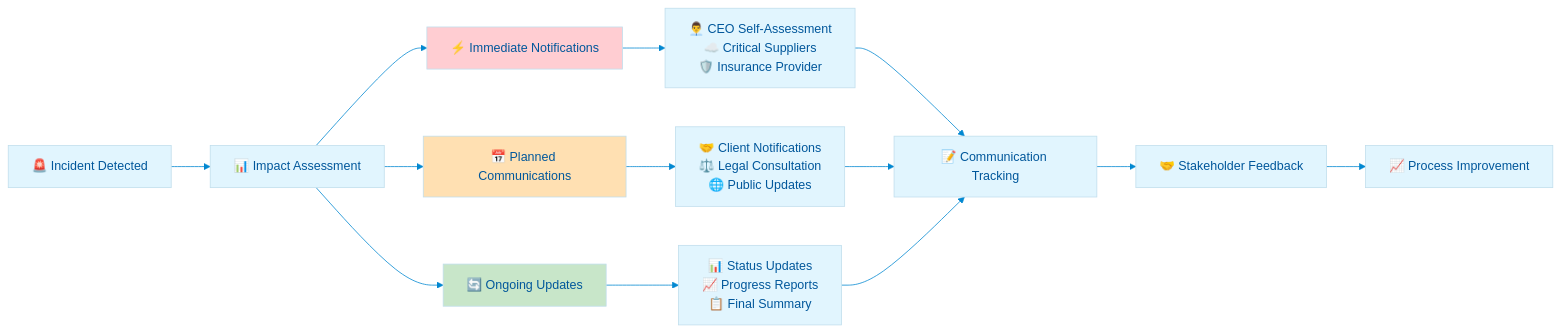
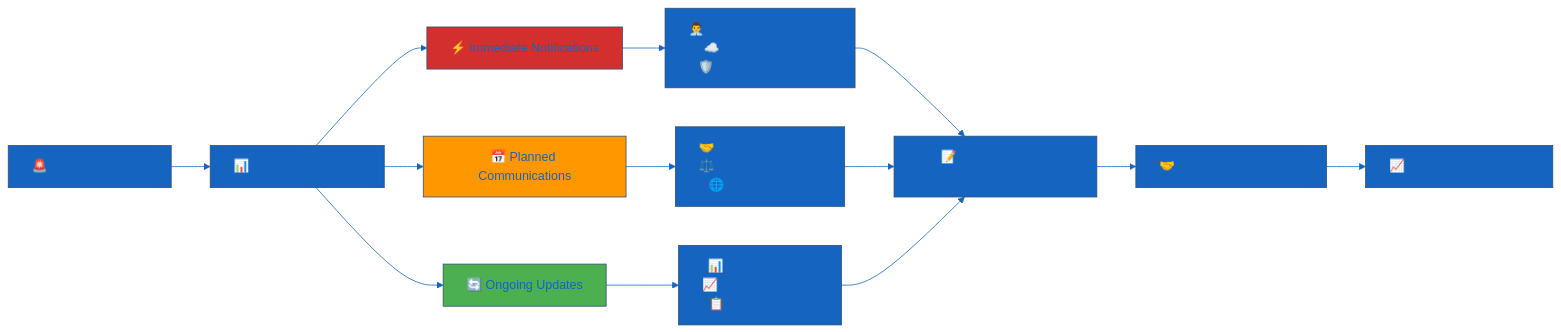
Diagram 11 of 13 in Incident_Response_Plan.md (Hack23/ISMS-PUBLIC), drawn with Mermaid before and after one commit. The commit also changed other lines of this file and 35 other files, not shown here.

````diff
--- a/Incident_Response_Plan.md
+++ b/Incident_Response_Plan.md
@@ -421,35 +882,35 @@
 ```mermaid
 %%{
   init: {
     'theme': 'base',
     'themeVariables': {
-      'primaryColor': '#e1f5fe',
-      'primaryTextColor': '#01579b',
-      'lineColor': '#0288d1'
+      'primaryColor': '#1565C0',
+      'primaryTextColor': '#1565C0',
+      'lineColor': '#1565C0'
     }
   }
 }%%
 flowchart LR
     INCIDENT[🚨 Incident Detected] --> ASSESS[📊 Impact Assessment]
     
     ASSESS --> IMMEDIATE[⚡ Immediate Notifications]
     ASSESS --> PLANNED[📅 Planned Communications]
     ASSESS --> ONGOING[🔄 Ongoing Updates]
     
     IMMEDIATE --> I1[👨‍💼 CEO Self-Assessment<br/>☁️ Critical Suppliers<br/>🛡️ Insurance Provider]
     
     PLANNED --> P1[🤝 Client Notifications<br/>⚖️ Legal Consultation<br/>🌐 Public Updates]
     
     ONGOING --> O1[📊 Status Updates<br/>📈 Progress Reports<br/>📋 Final Summary]
     
     I1 --> TRACK[📝 Communication Tracking]
     P1 --> TRACK
     O1 --> TRACK
     
     TRACK --> FEEDBACK[🤝 Stakeholder Feedback]
     FEEDBACK --> IMPROVE[📈 Process Improvement]
     
-    style IMMEDIATE fill:#ffcdd2
-    style PLANNED fill:#ffe0b2
-    style ONGOING fill:#c8e6c9
+    style IMMEDIATE fill:#D32F2F
+    style PLANNED fill:#FF9800
+    style ONGOING fill:#4CAF50
 ```
````
